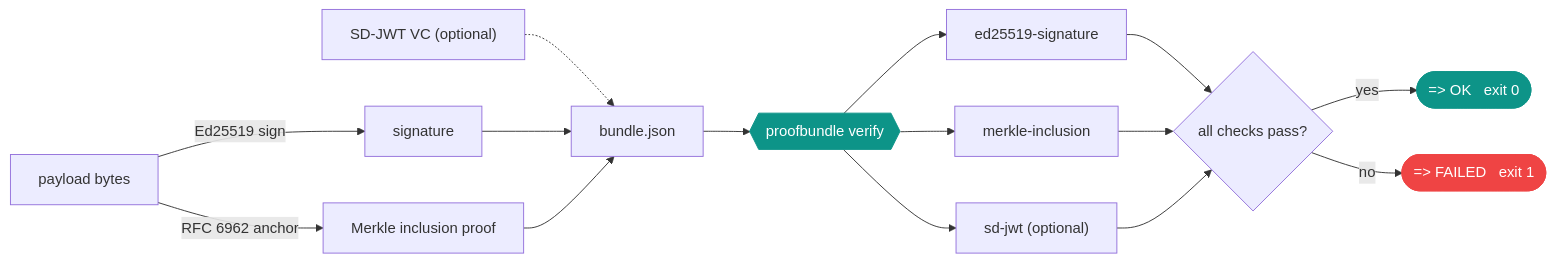
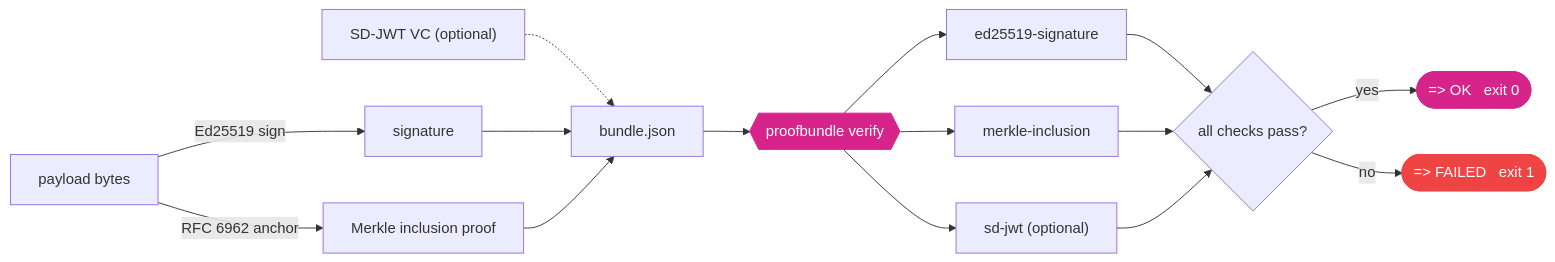
The diagram in README.md (b7n0de/proofbundle), drawn with Mermaid before and after one commit. The commit also changed other lines of this file and 8 other files, not shown here.

````diff
--- a/README.md
+++ b/README.md
@@ -71,22 +76,22 @@
 ```mermaid
 flowchart LR
     P["payload bytes"]
     P -->|"Ed25519 sign"| S["signature"]
     P -->|"RFC 6962 anchor"| M["Merkle inclusion proof"]
     SD["SD-JWT VC (optional)"] -.-> B
     S --> B["bundle.json"]
     M --> B
     B --> V{{"proofbundle verify"}}
     V --> C1["ed25519-signature"]
     V --> C2["merkle-inclusion"]
     V --> C3["sd-jwt (optional)"]
     C1 --> R{"all checks pass?"}
     C2 --> R
     C3 --> R
     R -->|yes| OK(["=> OK &nbsp; exit 0"])
     R -->|no| FAIL(["=> FAILED &nbsp; exit 1"])
 
-    style V fill:#0d9488,stroke:#0d9488,color:#fff
-    style OK fill:#0d9488,stroke:#0d9488,color:#fff
+    style V fill:#D6248A,stroke:#D6248A,color:#fff
+    style OK fill:#D6248A,stroke:#D6248A,color:#fff
     style FAIL fill:#ef4444,stroke:#ef4444,color:#fff
 ```
````
